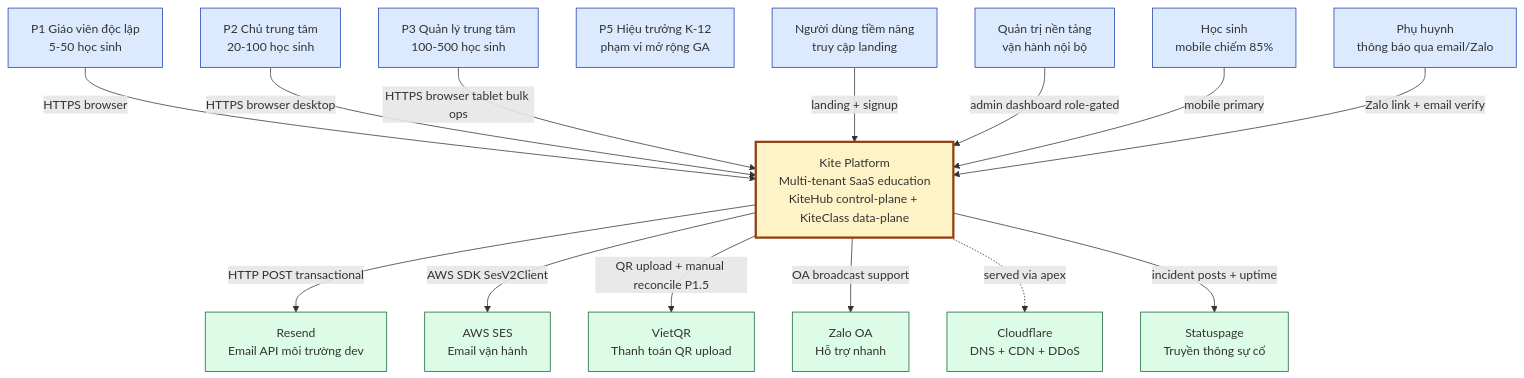
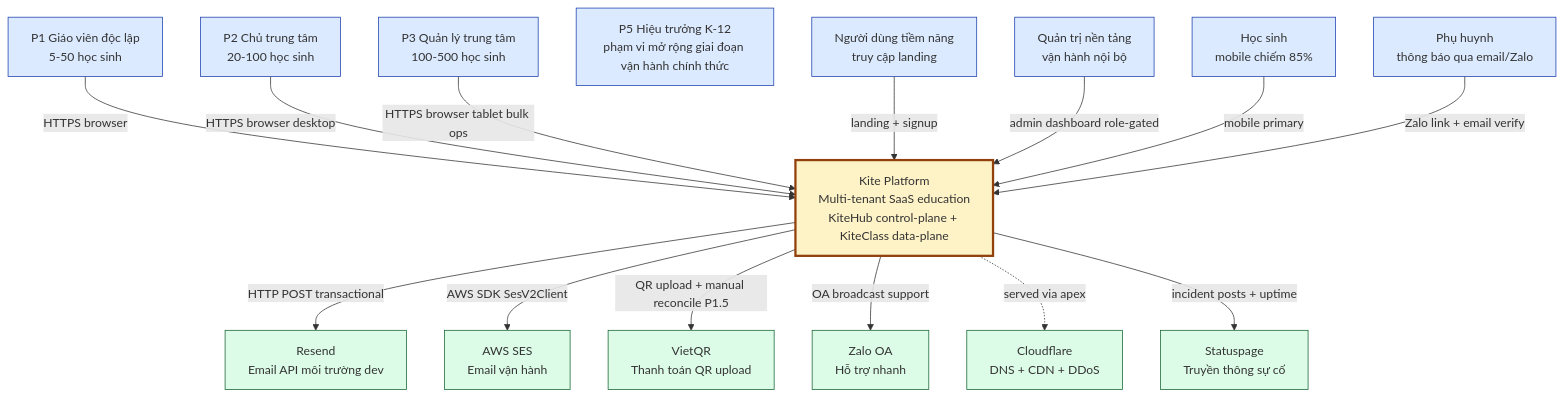
Before and after one commit to VictorAurelius/2026-Kite-Class-Platform: the first of 8 diagrams in documents/08-thesis/chapter-2-system-architecture.md, drawn with Mermaid. The commit also changed other lines of this file and 7 other files, not shown here.

````diff
--- a/documents/08-thesis/chapter-2-system-architecture.md
+++ b/documents/08-thesis/chapter-2-system-architecture.md
@@ -195,42 +195,42 @@
 ```mermaid
 flowchart TB
     P1[P1 Giáo viên độc lập<br/>5-50 học sinh]
     P2[P2 Chủ trung tâm<br/>20-100 học sinh]
     P3[P3 Quản lý trung tâm<br/>100-500 học sinh]
-    P5[P5 Hiệu trưởng K-12<br/>phạm vi mở rộng GA]
+    P5[P5 Hiệu trưởng K-12<br/>phạm vi mở rộng giai đoạn vận hành chính thức]
     Vy[Người dùng tiềm năng<br/>truy cập landing]
     Admin[Quản trị nền tảng<br/>vận hành nội bộ]
     Student[Học sinh<br/>mobile chiếm 85%]
     Parent[Phụ huynh<br/>thông báo qua email/Zalo]
 
     Kite[Kite Platform<br/>Multi-tenant SaaS education<br/>KiteHub control-plane + KiteClass data-plane]
 
     Resend[Resend<br/>Email API môi trường dev]
     SES[AWS SES<br/>Email vận hành]
     VietQR[VietQR<br/>Thanh toán QR upload]
     Zalo[Zalo OA<br/>Hỗ trợ nhanh]
     CF[Cloudflare<br/>DNS + CDN + DDoS]
     Status[Statuspage<br/>Truyền thông sự cố]
 
     P1 -->|HTTPS browser| Kite
     P2 -->|HTTPS browser desktop| Kite
     P3 -->|HTTPS browser tablet bulk ops| Kite
     Vy -->|landing + signup| Kite
     Admin -->|admin dashboard role-gated| Kite
     Student -->|mobile primary| Kite
     Parent -->|Zalo link + email verify| Kite
 
     Kite -->|HTTP POST transactional| Resend
     Kite -->|AWS SDK SesV2Client| SES
     Kite -->|QR upload + manual reconcile P1.5| VietQR
     Kite -->|OA broadcast support| Zalo
     Kite -.->|served via apex| CF
     Kite -->|incident posts + uptime| Status
 
     classDef actor fill:#dbeafe,stroke:#1e40af
     classDef system fill:#fef3c7,stroke:#92400e,stroke-width:3px
     classDef external fill:#dcfce7,stroke:#166534
     class P1,P2,P3,P5,Vy,Admin,Student,Parent actor
     class Kite system
     class Resend,SES,VietQR,Zalo,CF,Status external
 ```
````
